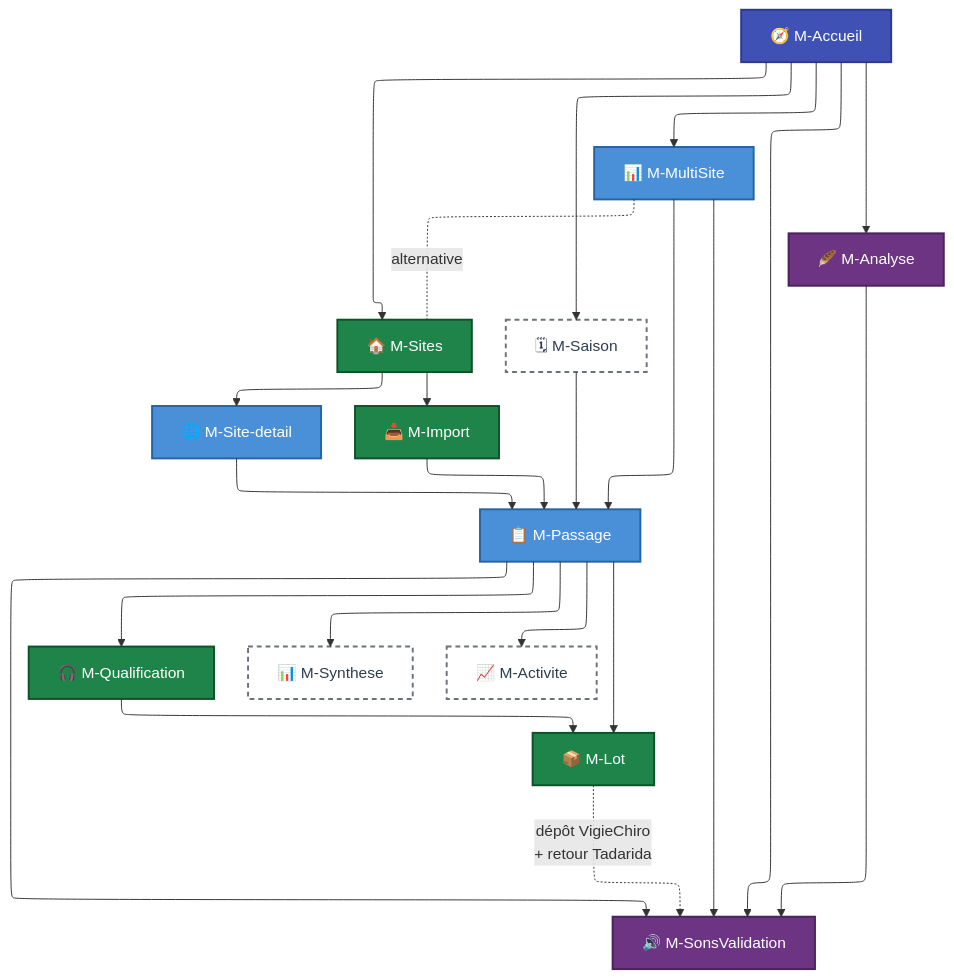
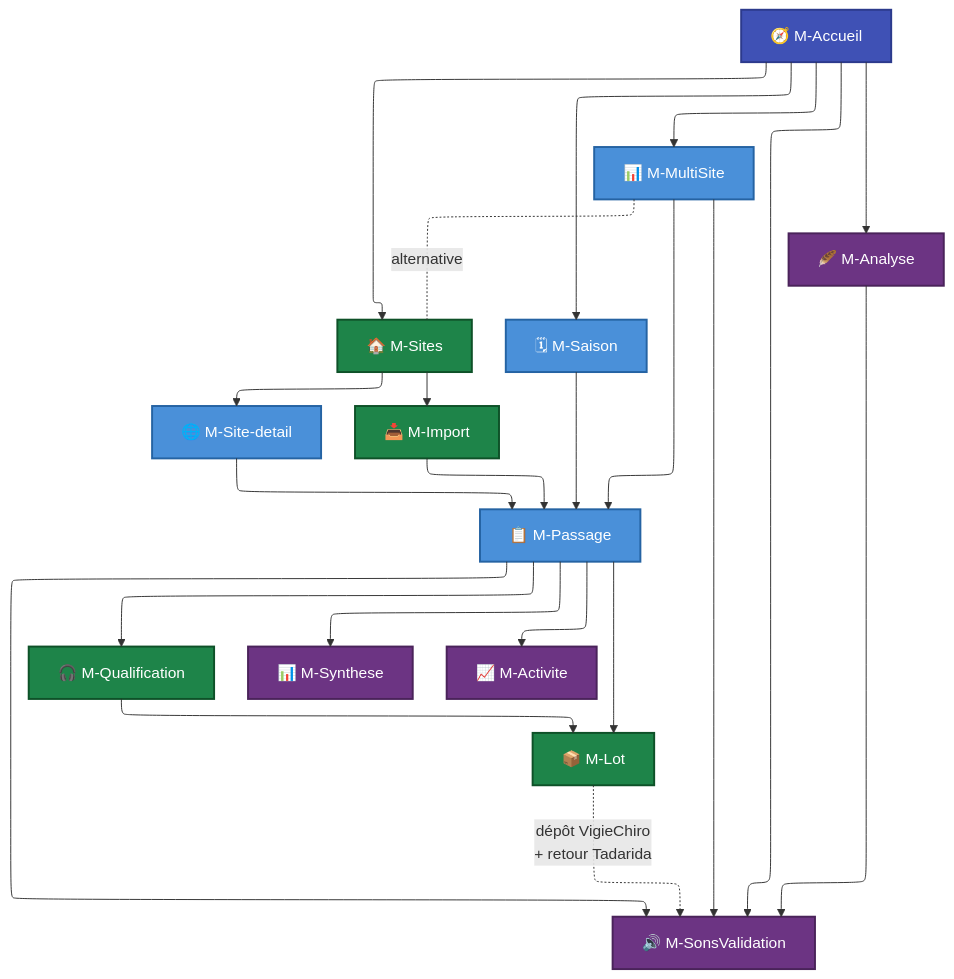
The diagram in brief/docs/Analyse et conception/Maquettes/index.md (echonuit/vigiechiro-pr-companion), drawn with Mermaid before and after one commit. The commit also changed other lines of this file and 2 other files, not shown here.

````diff
--- a/brief/docs/Analyse et conception/Maquettes/index.md
+++ b/brief/docs/Analyse et conception/Maquettes/index.md
@@ -58,50 +61,49 @@
 ```mermaid
 %%{init: {"flowchart": {"defaultRenderer": "elk"}, "themeCSS": ".nodeLabel, .nodeLabel p, .nodeLabel span { color: #fff !important; fill: #fff !important; }"}}%%
 flowchart TB
     Accueil[🧭 M-Accueil]
     Sites[🏠 M-Sites]
     MultiSite[📊 M-MultiSite]
     Detail[🌐 M-Site-detail]
     Import[📥 M-Import]
     Passage[📋 M-Passage]
     Qualif[🎧 M-Qualification]
     Lot[📦 M-Lot]
     Analyse[🪶 M-Analyse]
     SonsVal[🔊 M-SonsValidation]
     Saison[🗓 M-Saison]
     Synthese[📊 M-Synthese]
     Activite[📈 M-Activite]
 
     Accueil --> Sites
     Accueil --> MultiSite
     Accueil --> Analyse
     Accueil --> SonsVal
     Accueil --> Saison
     Sites --> Detail
     Sites --> Import
     MultiSite -.alternative.- Sites
     Detail --> Passage
     Import --> Passage
     MultiSite --> Passage
     Saison --> Passage
     Passage --> Qualif
     Passage --> SonsVal
     Passage --> Synthese
     Passage --> Activite
     Qualif --> Lot
     Passage --> Lot
     Lot -.dépôt VigieChiro<br/>+ retour Tadarida.-> SonsVal
     Analyse --> SonsVal
     MultiSite --> SonsVal
 
     classDef accueil fill:#3f51b5,stroke:#2c3a8c,color:#fff,stroke-width:2px
     classDef main fill:#1e8449,stroke:#0e5128,color:#fff,stroke-width:2px
     classDef detail fill:#4a90d9,stroke:#2563a3,color:#fff,stroke-width:2px
     classDef biodiv fill:#6c3483,stroke:#4a235a,color:#fff,stroke-width:2px
     classDef avenir fill:#ffffff,stroke:#6a737d,color:#2c3e50,stroke-width:2px,stroke-dasharray:5 4
     class Accueil accueil
     class Sites,Import,Qualif,Lot main
-    class Detail,Passage,MultiSite detail
-    class Analyse,SonsVal biodiv
-    class Saison,Synthese,Activite avenir
+    class Detail,Passage,MultiSite,Saison detail
+    class Analyse,SonsVal,Synthese,Activite biodiv
 ```
````
